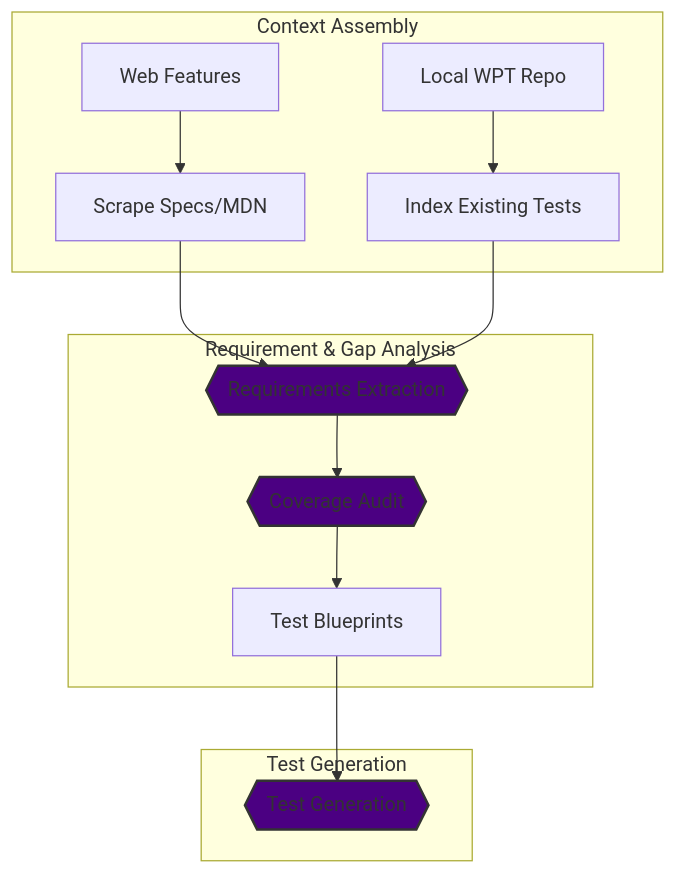
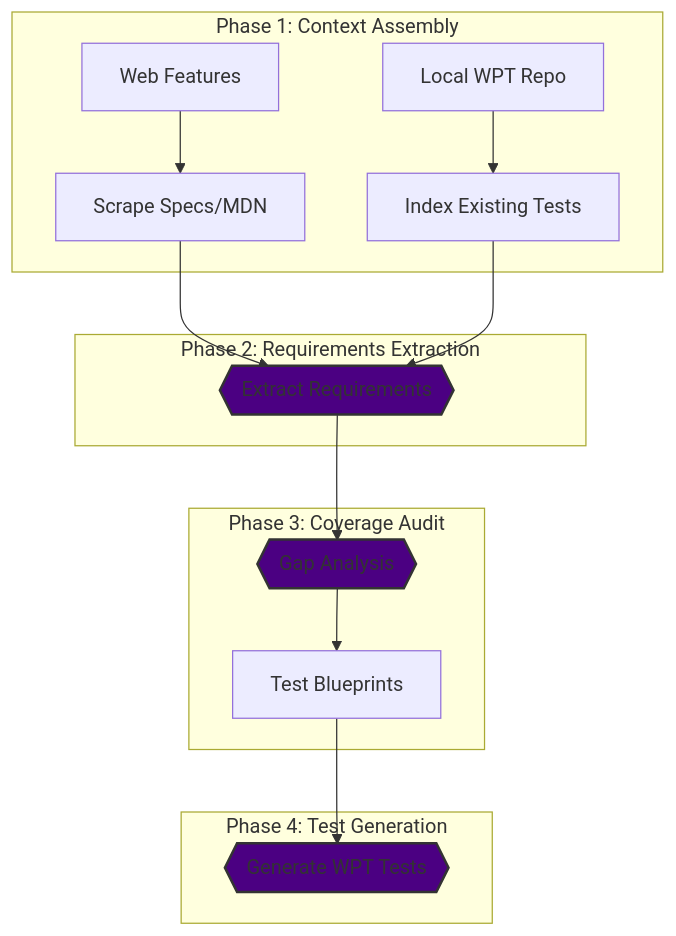
Before and after one commit to GoogleChromeLabs/wpt-gen: the diagram in README.md, drawn with Mermaid. The commit also changed other lines of this file and 2 other files, not shown here.

````diff
--- a/README.md
+++ b/README.md
@@ -30,20 +29,23 @@
 ```mermaid
 flowchart TD
-    subgraph Context[Context Assembly]
+    subgraph Phase1[Phase 1: Context Assembly]
         A[Web Features] --> B[Scrape Specs/MDN]
         C[Local WPT Repo] --> D[Index Existing Tests]
     end
 
-    subgraph Analysis[Requirement & Gap Analysis]
-        B & D --> E{{Requirements Extraction}}
-        E --> F{{Coverage Audit}}
+    subgraph Phase2[Phase 2: Requirements Extraction]
+        B & D --> E{{Extract Requirements}}
+    end
+
+    subgraph Phase3[Phase 3: Coverage Audit]
+        E --> F{{Gap Analysis}}
         F --> G[Test Blueprints]
     end
 
-    subgraph Generation[Test Generation]
-        G --> H{{Test Generation}}
+    subgraph Phase4[Phase 4: Test Generation]
+        G --> H{{Generate WPT Tests}}
     end
 
     classDef llm fill:#4B0082,stroke:#333,stroke-width:2px;
     class E,F,H llm;
 ```
````
